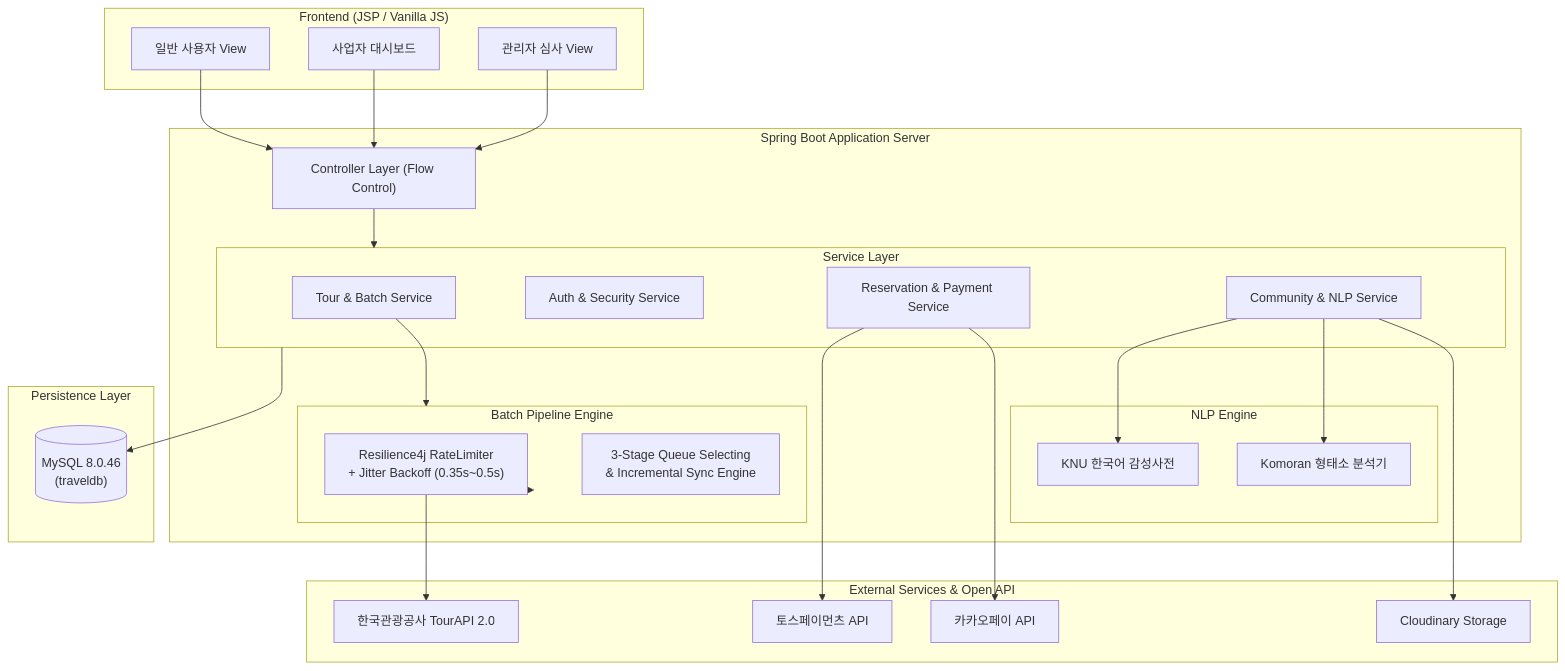
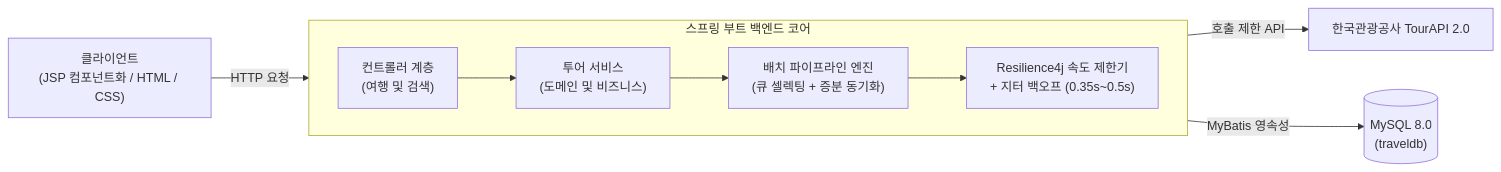
One commit to beautiyj/travel-community changed the diagram in README.md. Above: the diagram before and after it, drawn with Mermaid. The commit also changed other lines of this file, not shown here.

````diff
--- a/README.md
+++ b/README.md
@@ -111,52 +57,14 @@
 ```mermaid
-flowchart TD
-    subgraph Client ["Frontend (JSP / Vanilla JS)"]
-        UI_User["일반 사용자 View"]
-        UI_Biz["사업자 대시보드"]
-        UI_Admin["관리자 심사 View"]
+flowchart LR
+    Client["클라이언트\n(JSP 컴포넌트화 / HTML / CSS)"] -->|HTTP 요청| Server["스프링 부트 서버"]
+
+    subgraph Server ["스프링 부트 백엔드 코어"]
+        direction LR
+        Ctrl["컨트롤러 계층\n(여행 및 검색)"] --> Svc["투어 서비스\n(도메인 및 비즈니스)"]
+        Svc --> Batch["배치 파이프라인 엔진\n(큐 셀렉팅 + 증분 동기화)"]
+        Batch --> RateLimiter["Resilience4j 속도 제한기\n+ 지터 백오프 (0.35s~0.5s)"]
     end
 
-    subgraph Server ["Spring Boot Application Server"]
-        Ctrl["Controller Layer (Flow Control)"]
-        
-        subgraph Services ["Service Layer"]
-            TourSvc["Tour & Batch Service"]
-            AuthSvc["Auth & Security Service"]
-            ResvSvc["Reservation & Payment Service"]
-            PostSvc["Community & NLP Service"]
-        end
-        
-        subgraph BatchEngine ["Batch Pipeline Engine"]
-            RateLimiter["Resilience4j RateLimiter\n+ Jitter Backoff (0.35s~0.5s)"]
-            QueueEngine["3-Stage Queue Selecting\n& Incremental Sync Engine"]
-        end
-
-        subgraph NLP_Engine ["NLP Engine"]
-            Komoran["Komoran 형태소 분석기"]
-            KNU_Dict["KNU 한국어 감성사전"]
-        end
-    end
-
-    subgraph External ["External Services & Open API"]
-        TourAPI["한국관광공사 TourAPI 2.0"]
-        KakaoPay["카카오페이 API"]
-        TossPay["토스페이먼츠 API"]
-        Cloudinary["Cloudinary Storage"]
-    end
-
-    subgraph Database ["Persistence Layer"]
-        MySQL[("MySQL 8.0.46\n(traveldb)")]
-    end
-
-    UI_User & UI_Biz & UI_Admin --> Ctrl
-    Ctrl --> Services
-    
-    TourSvc --> BatchEngine
-    BatchEngine --> RateLimiter --> TourAPI
-    
-    ResvSvc --> KakaoPay & TossPay
-    PostSvc --> Cloudinary
-    PostSvc --> Komoran & KNU_Dict
-    
-    Services --> MySQL
+    RateLimiter -->|호출 제한 API| External["한국관광공사 TourAPI 2.0"]
+    Svc -->|MyBatis 영속성| DB[("MySQL 8.0\n(traveldb)")]
 ```
````
